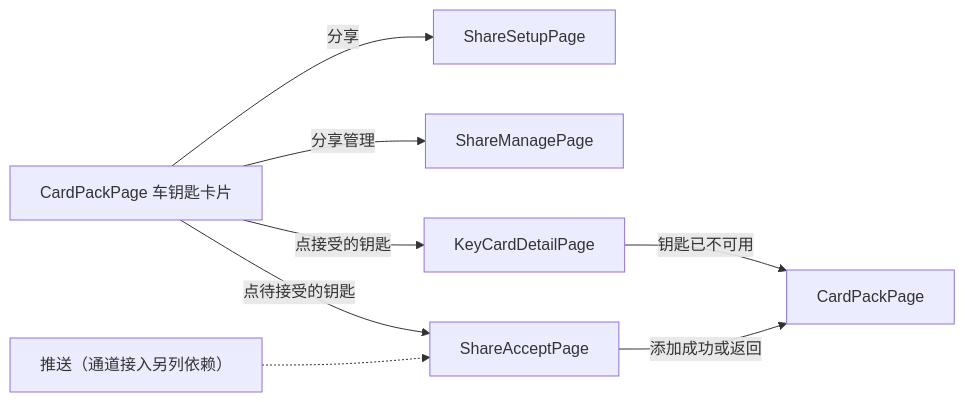
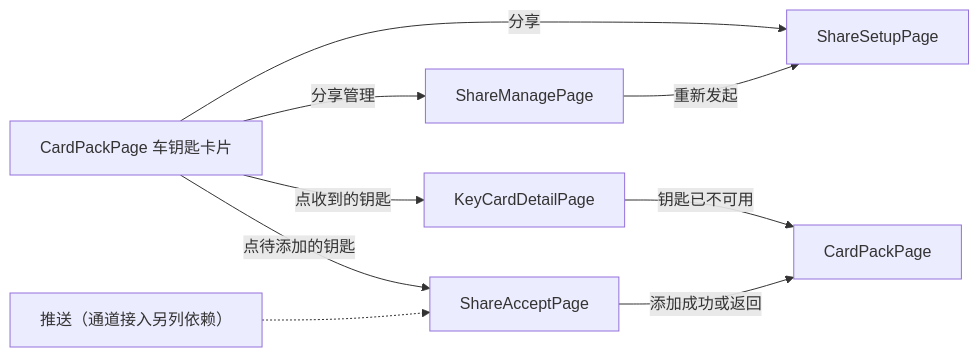
One commit to sqsqsq/SimulatedWalletForHmos changed the second of 2 diagrams in doc/plan/2.0.3/2026-10-07-整体设计/实施反馈/金样候选/car-key-sharing/update/sharing-wallet-slice/plan/plan.md. Above: the diagram before and after it, drawn with Mermaid. The commit also changed other lines of this file and 38 other files, not shown here.

````diff
--- a/doc/plan/2.0.3/2026-10-07-整体设计/实施反馈/金样候选/car-key-sharing/update/sharing-wallet-slice/plan/plan.md
+++ b/doc/plan/2.0.3/2026-10-07-整体设计/实施反馈/金样候选/car-key-sharing/update/sharing-wallet-slice/plan/plan.md
@@ -138,10 +200,11 @@
 ```mermaid
 flowchart LR
     A["CardPackPage 车钥匙卡片"] -->|分享| B["ShareSetupPage"]
     A -->|分享管理| C["ShareManagePage"]
-    A -->|点接受的钥匙| D["KeyCardDetailPage"]
-    A -->|点待接受的钥匙| F["ShareAcceptPage"]
+    A -->|点收到的钥匙| D["KeyCardDetailPage"]
+    A -->|点待添加的钥匙| F["ShareAcceptPage"]
+    C -->|重新发起| B
     E["推送（通道接入另列依赖）"] -.-> F
     F -->|添加成功或返回| G["CardPackPage"]
     D -->|钥匙已不可用| G
 ```
````
